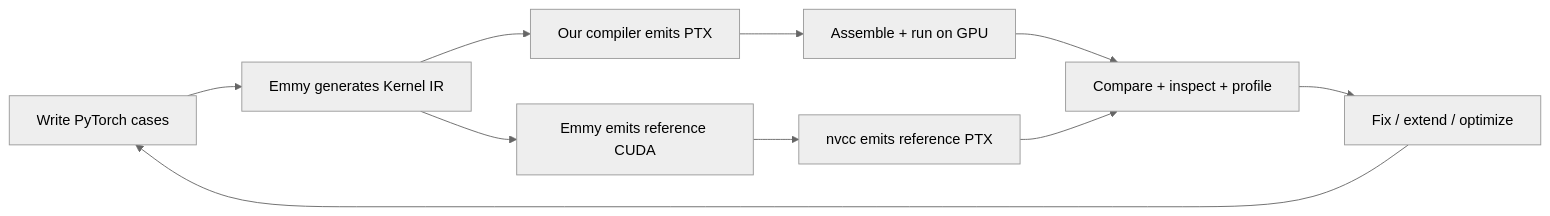
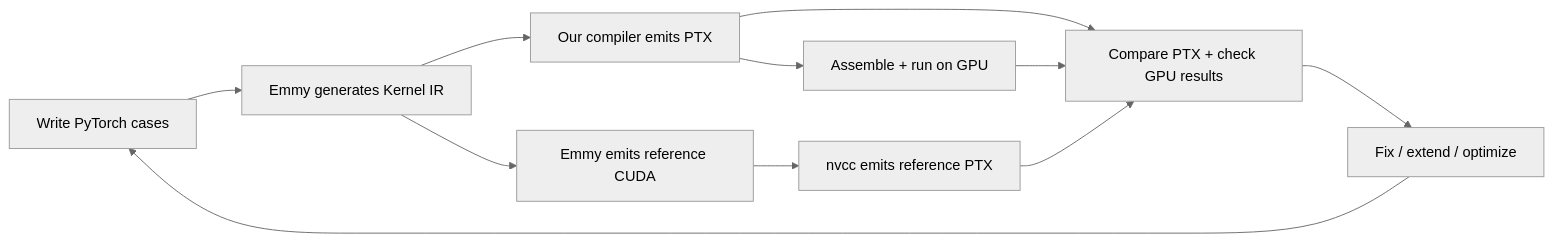
One commit to Ali-Nawed/emmy-ptx-compiler changed the first of 2 diagrams in docs/compiler/18-presentation-walkthrough.md. Above: the diagram before and after it, drawn with Mermaid (neutral theme). The commit also changed other lines of this file, not shown here.

Commit message:
Focus walkthrough optimization comparison on PTX

````diff
--- a/docs/compiler/18-presentation-walkthrough.md
+++ b/docs/compiler/18-presentation-walkthrough.md
@@ -7,12 +7,13 @@
 ```mermaid
 flowchart LR
     A[Write PyTorch cases] --> B[Emmy generates Kernel IR]
     B --> C[Our compiler emits PTX]
     B --> R[Emmy emits reference CUDA]
     R --> N[nvcc emits reference PTX]
     C --> D[Assemble + run on GPU]
-    D --> E[Compare + inspect + profile]
+    C --> E[Compare PTX + check GPU results]
+    D --> E
     N --> E
     E --> F[Fix / extend / optimize]
     F --> A
 ```
````
